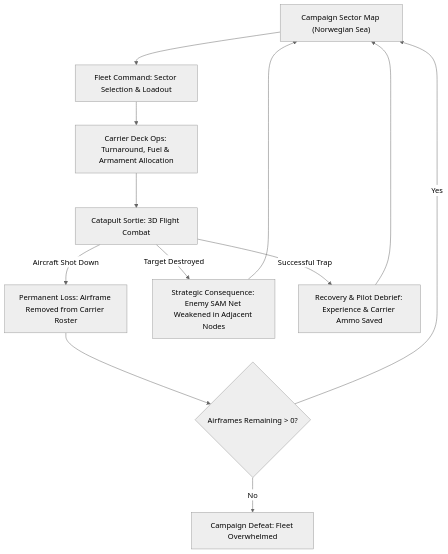
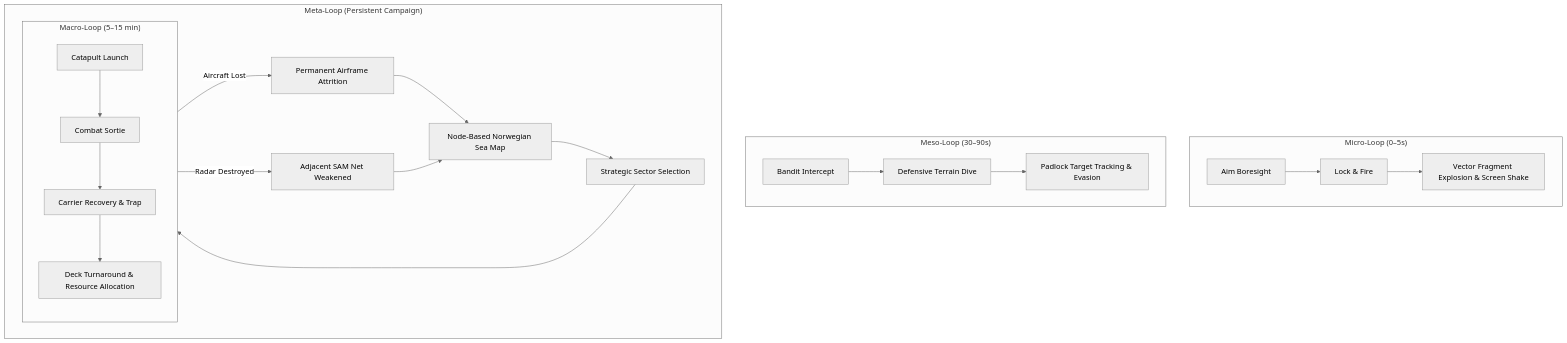
One commit to bejranonda/carrier-vector-1988 changed the diagram in docs/reviews/v1.3.0/RECOMMENDATIONS_AND_ROADMAP.md. Above: the diagram before and after it, drawn with Mermaid (neutral theme). The commit also changed other lines of this file and 4 other files, not shown here.

````diff
--- a/docs/reviews/v1.3.0/RECOMMENDATIONS_AND_ROADMAP.md
+++ b/docs/reviews/v1.3.0/RECOMMENDATIONS_AND_ROADMAP.md
@@ -69,14 +80,27 @@
 ```mermaid
 flowchart TD
-    A["Campaign Sector Map (Norwegian Sea)"] --> B["Fleet Command: Sector Selection & Loadout"]
-    B --> C["Carrier Deck Ops: Turnaround, Fuel & Armament Allocation"]
-    C --> D["Catapult Sortie: 3D Flight Combat"]
-    D -->|Aircraft Shot Down| E["Permanent Loss: Airframe Removed from Carrier Roster"]
-    D -->|Target Destroyed| F["Strategic Consequence: Enemy SAM Net Weakened in Adjacent Nodes"]
-    D -->|Successful Trap| G["Recovery & Pilot Debrief: Experience & Carrier Ammo Saved"]
-    E --> H{"Airframes Remaining > 0?"}
-    F --> A
-    G --> A
-    H -->|Yes| A
-    H -->|No| I["Campaign Defeat: Fleet Overwhelmed"]
+    subgraph Micro["Micro-Loop (0–5s)"]
+        A1["Aim Boresight"] --> A2["Lock & Fire"]
+        A2 --> A3["Vector Fragment Explosion & Screen Shake"]
+    end
+
+    subgraph Meso["Meso-Loop (30–90s)"]
+        B1["Bandit Intercept"] --> B2["Defensive Terrain Dive"]
+        B2 --> B3["Padlock Target Tracking & Evasion"]
+    end
+
+    subgraph Macro["Macro-Loop (5–15 min)"]
+        C1["Catapult Launch"] --> C2["Combat Sortie"]
+        C2 --> C3["Carrier Recovery & Trap"]
+        C3 --> C4["Deck Turnaround & Resource Allocation"]
+    end
+
+    subgraph Meta["Meta-Loop (Persistent Campaign)"]
+        D1["Node-Based Norwegian Sea Map"] --> D2["Strategic Sector Selection"]
+        D2 --> Macro
+        Macro -->|Aircraft Lost| D3["Permanent Airframe Attrition"]
+        Macro -->|Radar Destroyed| D4["Adjacent SAM Net Weakened"]
+        D3 --> D1
+        D4 --> D1
+    end
 ```
````
